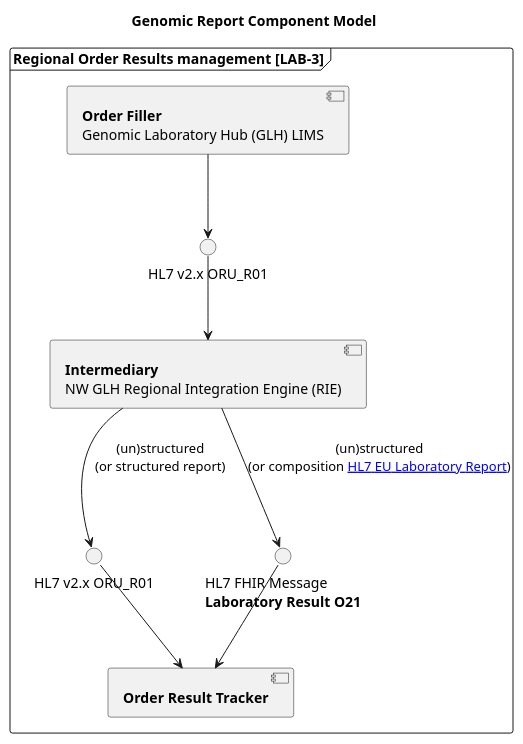
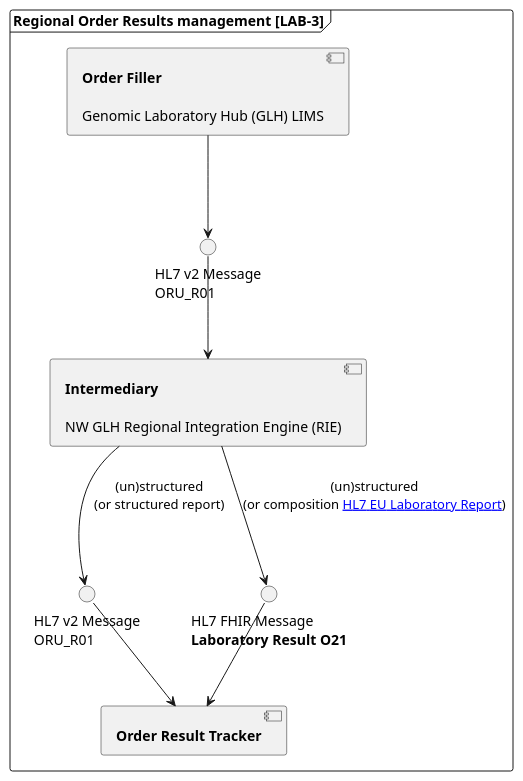
Before and after one commit to nw-gmsa/nw-gmsa.github.com: the diagram in input/images-source/LAB3-component.plantuml, drawn with PlantUML. The commit also changed 5 other files, not shown here.

```diff
--- a/input/images-source/LAB3-component.plantuml
+++ b/input/images-source/LAB3-component.plantuml
@@ -1,30 +1,29 @@
 @startuml
 
-title "Genomic Report Component Model"
 
 frame "Regional Order Results management [LAB-3]" as LAB3 {
 
-component "**Order Filler**\nGenomic Laboratory Hub (GLH) LIMS" as LIMS
+component "**Order Filler**\n\nGenomic Laboratory Hub (GLH) LIMS" as LIMS
 
-component "**Intermediary**\nNW GLH Regional Integration Engine (RIE)" as TIE
+component "**Intermediary**\n\nNW GLH Regional Integration Engine (RIE)" as TIE
 
 component "**Order Result Tracker**" as user
 
-interface "HL7 v2.x ORU_R01" as HL7_ORU1
+interface "HL7 v2 Message\nORU_R01" as HL7_ORU1
 
-interface "HL7 v2.x ORU_R01" as HL7_ORU2
+interface "HL7 v2 Message\nORU_R01" as HL7_ORU2
 
 interface "HL7 FHIR Message\n**Laboratory Result O21**" as HL7_R01
 }
 
 LIMS -d-> HL7_ORU1
 HL7_ORU1 -d-> TIE
 
 
 TIE -d-> HL7_ORU2 : (un)structured\n(or structured report)
 HL7_ORU2 -d-> user
 
 TIE -d-> HL7_R01 : (un)structured\n(or composition [[https://build.fhir.org/ig/hl7-eu/laboratory/ HL7 EU Laboratory Report]])
 HL7_R01 -d-> user
 
 @enduml
```
